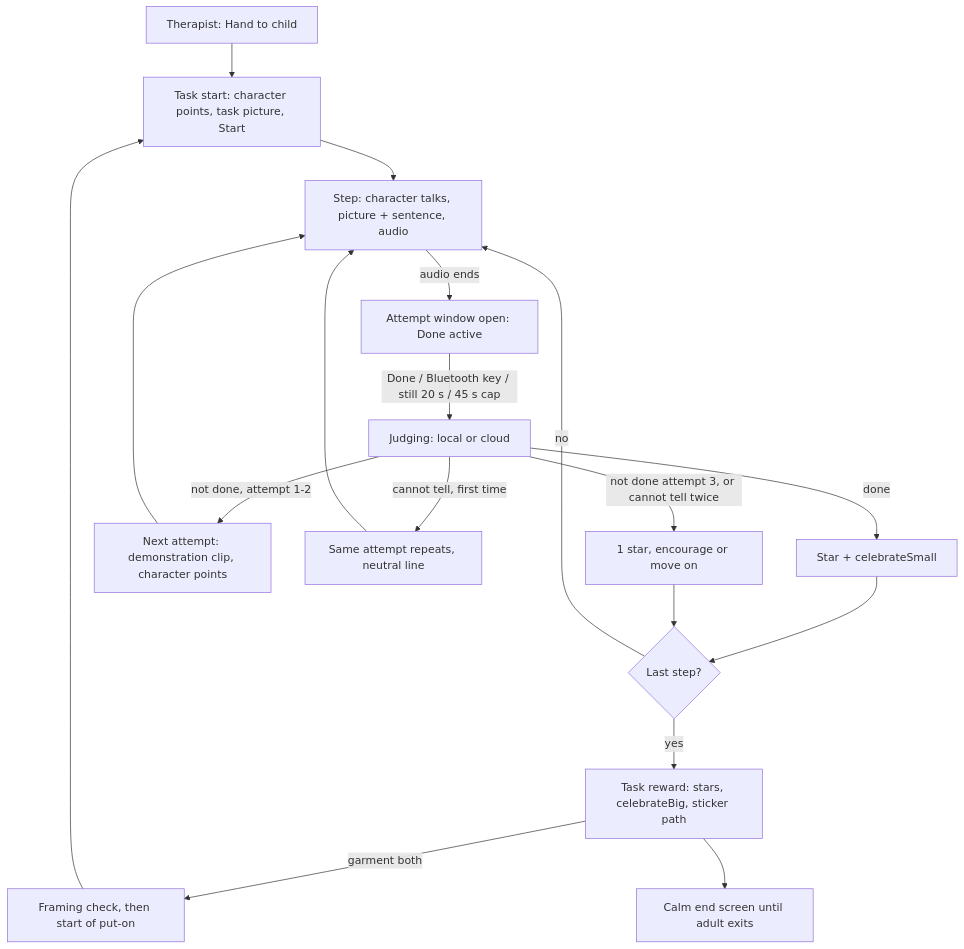
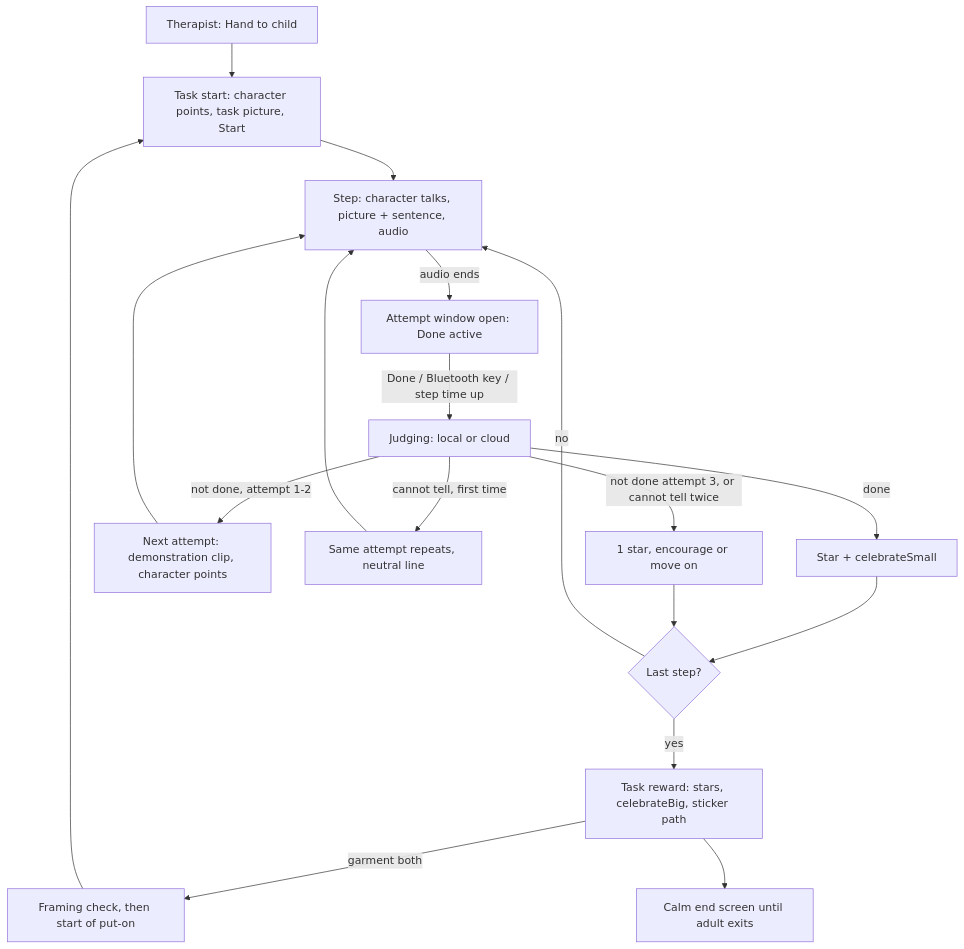
One commit to bosamraprivate-cloud/skill-motion changed the diagram in docs/flows/child-flow.md. Above: the diagram before and after it, drawn with Mermaid. The commit also changed other lines of this file and 39 other files, not shown here.

Commit message:
feat: per-step time ring with step timing in the catalogue (Story 6.2)

````diff
--- a/docs/flows/child-flow.md
+++ b/docs/flows/child-flow.md
@@ -9,20 +9,20 @@
 ```mermaid
 flowchart TD
     A[Therapist: Hand to child] --> B[Task start: character points, task picture, Start]
     B --> C[Step: character talks, picture + sentence, audio]
     C -->|audio ends| D[Attempt window open: Done active]
-    D -->|Done / Bluetooth key / still 20 s / 45 s cap| E[Judging: local or cloud]
+    D -->|Done / Bluetooth key / step time up| E[Judging: local or cloud]
     E -->|done| F[Star + celebrateSmall]
     E -->|not done, attempt 1-2| G[Next attempt: demonstration clip, character points]
     G --> C
     E -->|cannot tell, first time| H[Same attempt repeats, neutral line]
     H --> C
     E -->|not done attempt 3, or cannot tell twice| I[1 star, encourage or move on]
     F --> J{Last step?}
     I --> J
     J -->|no| C
     J -->|yes| K[Task reward: stars, celebrateBig, sticker path]
     K -->|garment both| L[Framing check, then start of put-on]
     L --> B
     K --> M[Calm end screen until adult exits]
 ```
````
